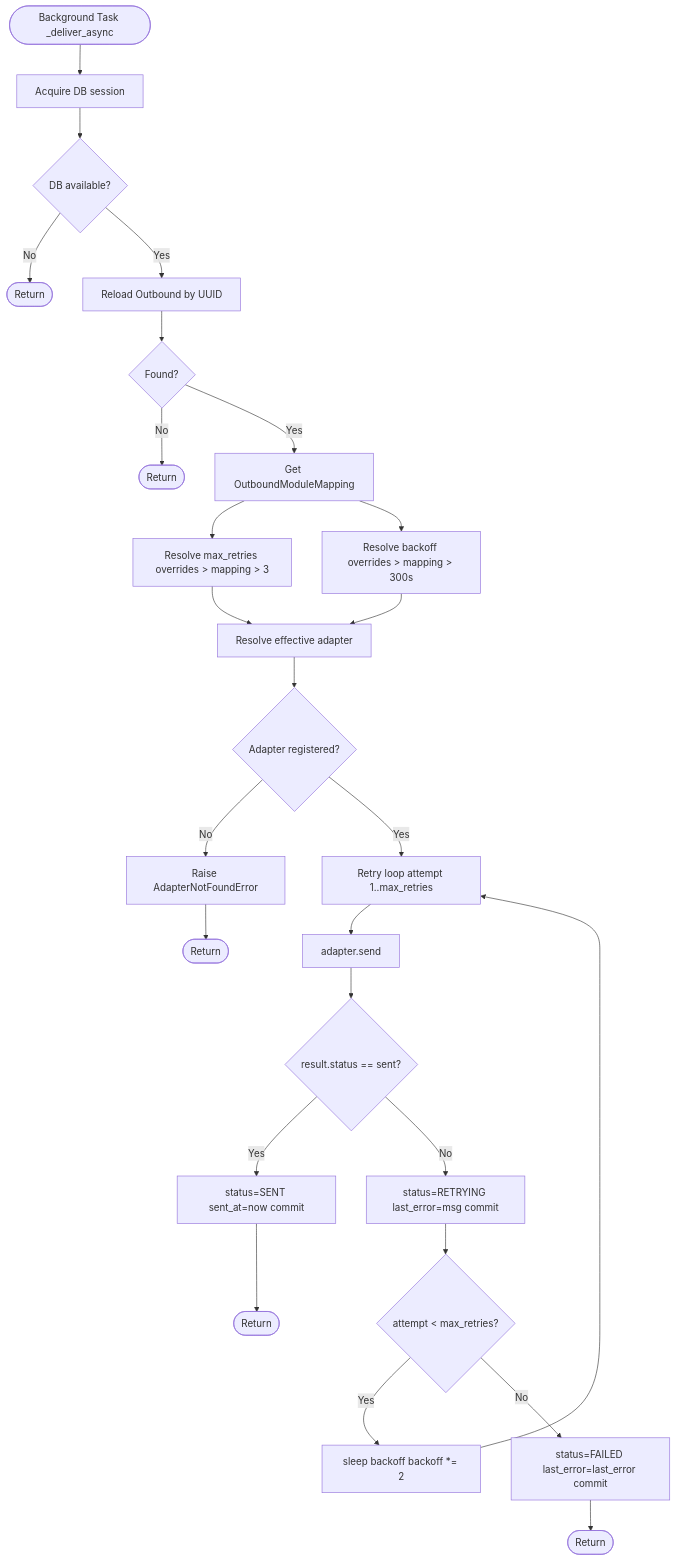
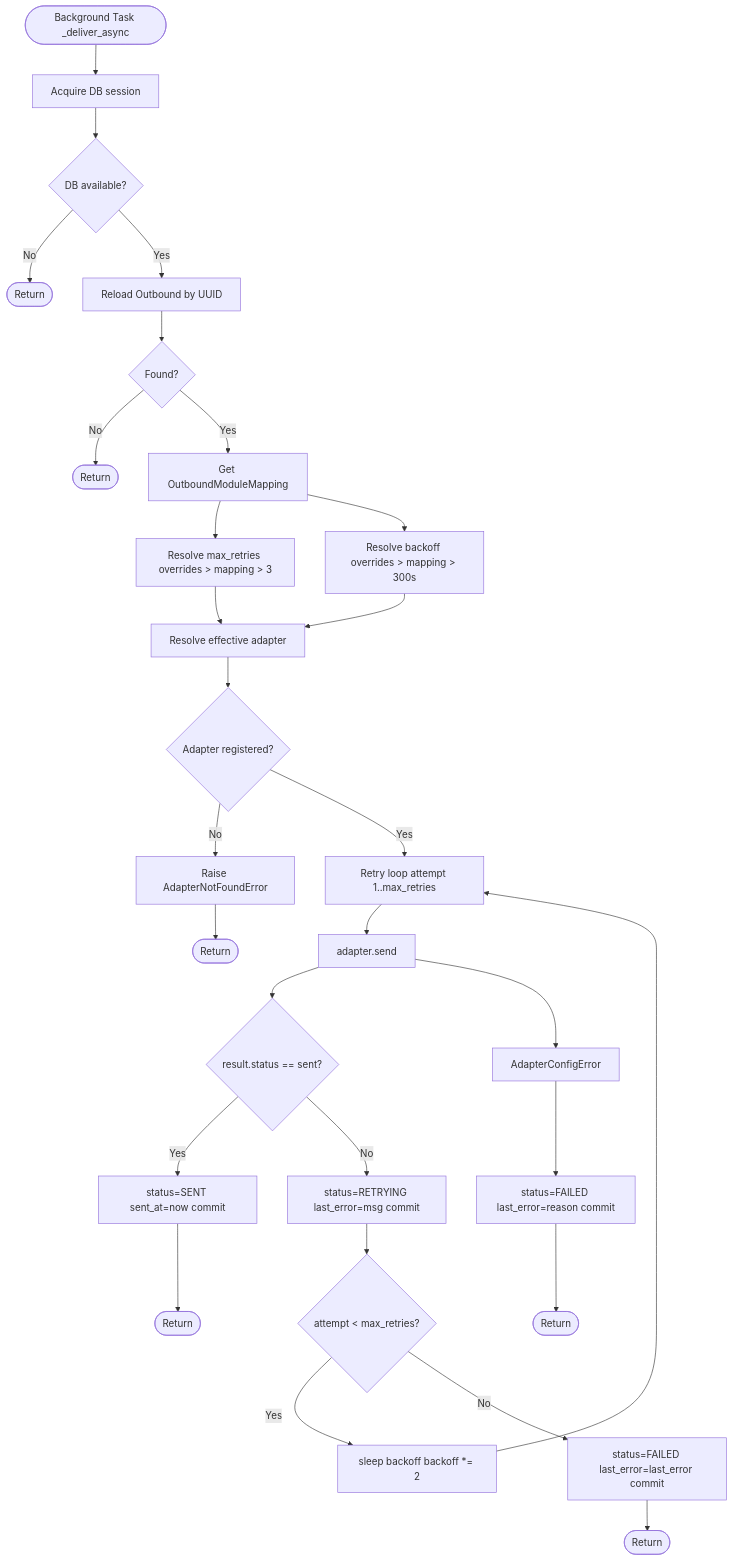
One commit to TNet-Tech/chacc_outbound changed the third of 5 diagrams in README.md. Above: the diagram before and after it, drawn with Mermaid. The commit also changed other lines of this file and 5 other files, not shown here.

````diff
--- a/README.md
+++ b/README.md
@@ -301,28 +320,31 @@
 ```mermaid
 flowchart TD
     Start([Background Task _deliver_async]) --> A[Acquire DB session]
     A --> B{DB available?}
     B -->|No| End1([Return])
     B -->|Yes| C[Reload Outbound by UUID]
     C --> D{Found?}
     D -->|No| End2([Return])
     D -->|Yes| E[Get OutboundModuleMapping]
     E --> F[Resolve max_retries overrides > mapping > 3]
     E --> G[Resolve backoff overrides > mapping > 300s]
     F --> H[Resolve effective adapter]
     G --> H
     H --> I{Adapter registered?}
     I -->|No| Error1[Raise AdapterNotFoundError]
     I -->|Yes| J[Retry loop attempt 1..max_retries]
     J --> K[adapter.send]
     K --> L{result.status == sent?}
     L -->|Yes| M[status=SENT sent_at=now commit]
     M --> End3([Return])
     L -->|No| N[status=RETRYING last_error=msg commit]
     N --> O{attempt < max_retries?}
     O -->|Yes| P[sleep backoff backoff *= 2]
     P --> J
     O -->|No| Q[status=FAILED last_error=last_error commit]
     Q --> End4([Return])
     Error1 --> End5([Return])
+    K --> AdapterConfigError1[AdapterConfigError]
+    AdapterConfigError1 --> Error2[status=FAILED last_error=reason commit]
+    Error2 --> End6([Return])
 ```
````
